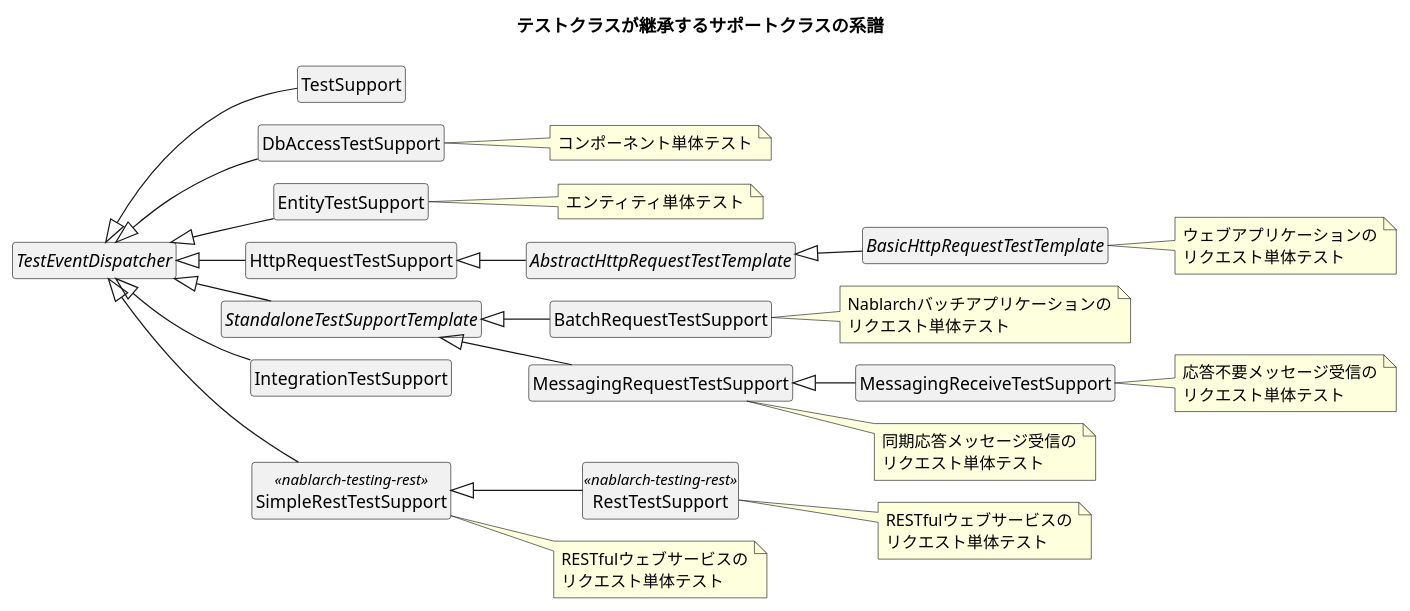
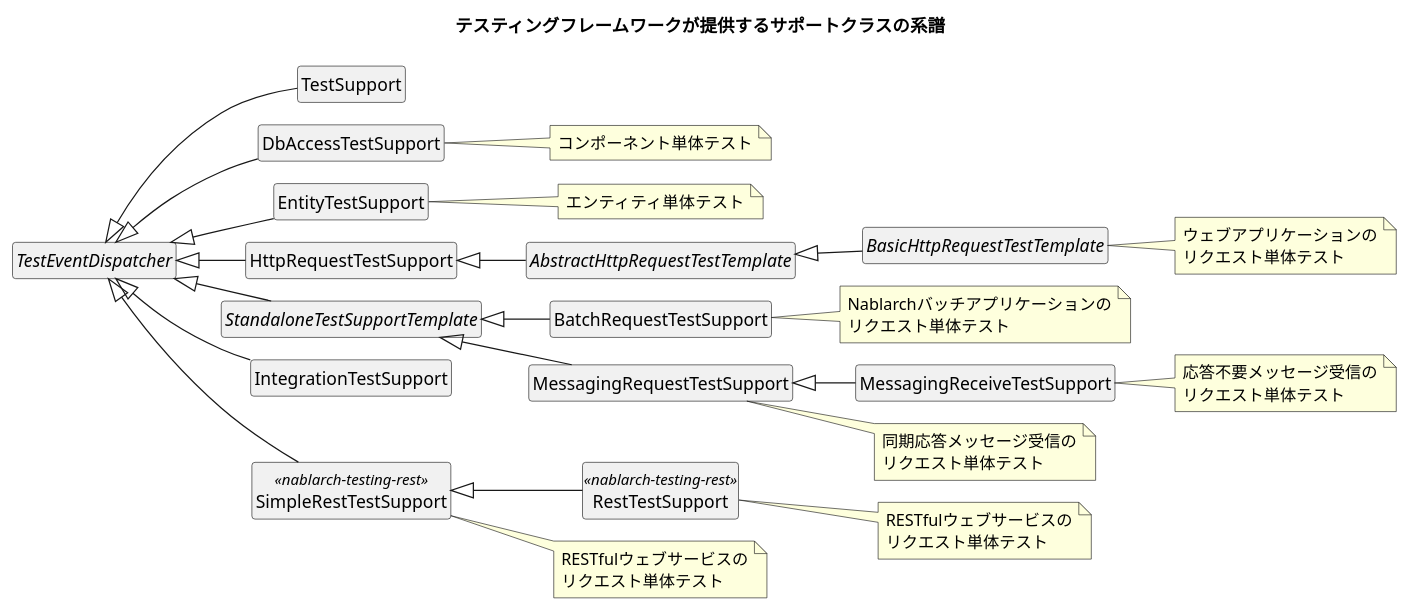
The diagram in ja/development_tools/testing_framework/about/images/index/test_support_class.puml (nablarch/nablarch-document), drawn with PlantUML before and after one commit. The commit also changed 8 other files, not shown here.

```diff
--- a/ja/development_tools/testing_framework/about/images/index/test_support_class.puml
+++ b/ja/development_tools/testing_framework/about/images/index/test_support_class.puml
@@ -1,45 +1,45 @@
 @startuml
 !pragma layout smetana
 skinparam classAttributeIconSize 0
 skinparam shadowing false
 skinparam defaultFontName "Noto Sans JP"
 hide members
 hide circle
 left to right direction
-title テストクラスが継承するサポートクラスの系譜
+title テスティングフレームワークが提供するサポートクラスの系譜
 abstract class TestEventDispatcher
 class TestSupport
 class DbAccessTestSupport
 class EntityTestSupport
 class HttpRequestTestSupport
 abstract class AbstractHttpRequestTestTemplate
 abstract class BasicHttpRequestTestTemplate
 abstract class StandaloneTestSupportTemplate
 class BatchRequestTestSupport
 class MessagingRequestTestSupport
 class MessagingReceiveTestSupport
 class IntegrationTestSupport
 class SimpleRestTestSupport <<nablarch-testing-rest>>
 class RestTestSupport <<nablarch-testing-rest>>
 TestEventDispatcher <|-- TestSupport
 TestEventDispatcher <|-- DbAccessTestSupport
 TestEventDispatcher <|-- EntityTestSupport
 TestEventDispatcher <|-- HttpRequestTestSupport
 TestEventDispatcher <|-- StandaloneTestSupportTemplate
 TestEventDispatcher <|-- IntegrationTestSupport
 TestEventDispatcher <|-- SimpleRestTestSupport
 HttpRequestTestSupport <|-- AbstractHttpRequestTestTemplate
 AbstractHttpRequestTestTemplate <|-- BasicHttpRequestTestTemplate
 StandaloneTestSupportTemplate <|-- BatchRequestTestSupport
 StandaloneTestSupportTemplate <|-- MessagingRequestTestSupport
 MessagingRequestTestSupport <|-- MessagingReceiveTestSupport
 SimpleRestTestSupport <|-- RestTestSupport
 note right of BasicHttpRequestTestTemplate : ウェブアプリケーションの\nリクエスト単体テスト
 note right of RestTestSupport : RESTfulウェブサービスの\nリクエスト単体テスト
 note right of SimpleRestTestSupport : RESTfulウェブサービスの\nリクエスト単体テスト
 note right of BatchRequestTestSupport : Nablarchバッチアプリケーションの\nリクエスト単体テスト
 note right of MessagingRequestTestSupport : 同期応答メッセージ受信の\nリクエスト単体テスト
 note right of MessagingReceiveTestSupport : 応答不要メッセージ受信の\nリクエスト単体テスト
 note right of DbAccessTestSupport : コンポーネント単体テスト
 note right of EntityTestSupport : エンティティ単体テスト
 @enduml
```
